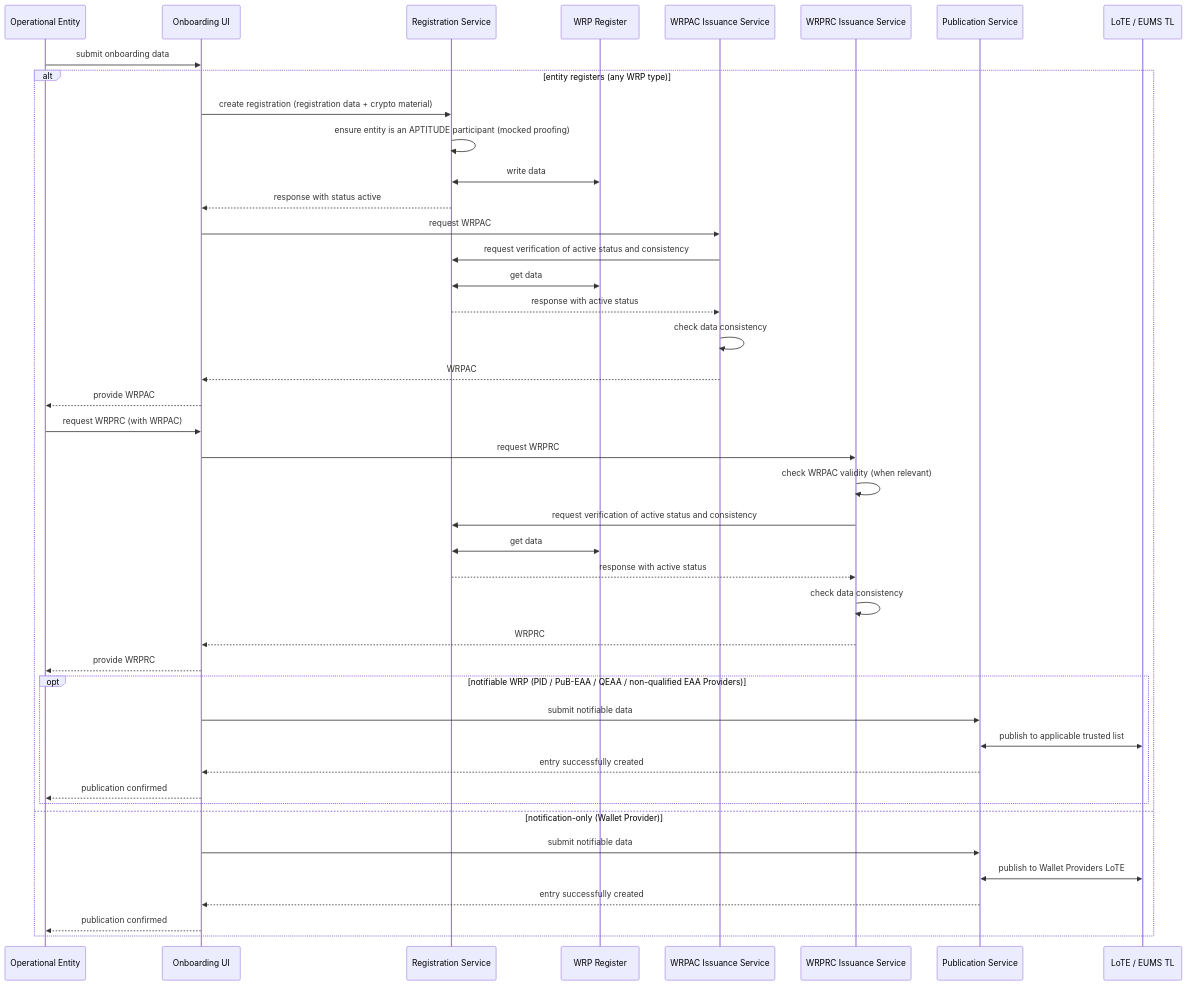
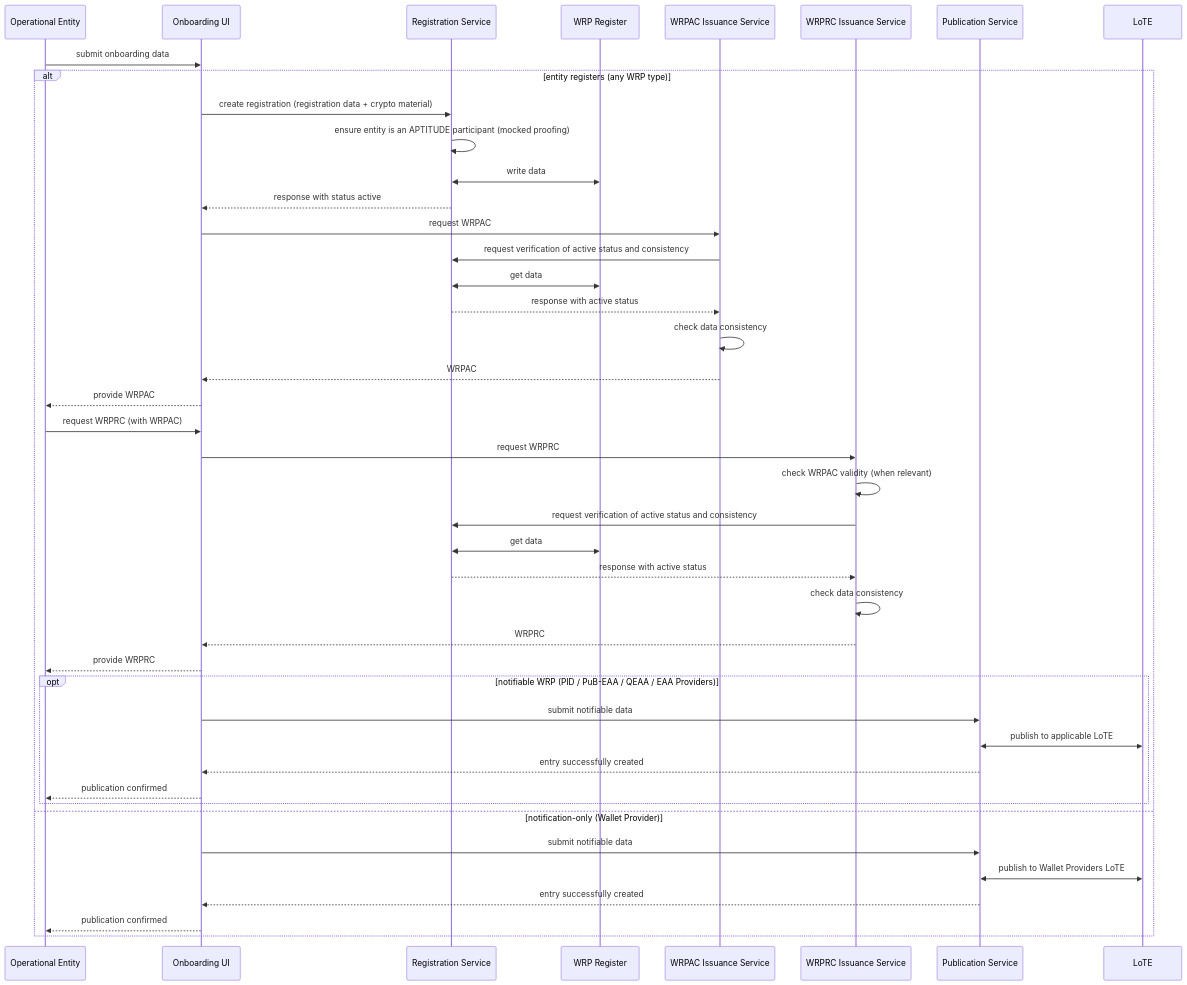
The fourth of 5 diagrams in docs/topics/onboarding-process.md (APTITUDE-Consortium/wp2-trust-specifications), drawn with Mermaid before and after one commit. The commit also changed other lines of this file and 20 other files, not shown here.

````diff
--- a/docs/topics/onboarding-process.md
+++ b/docs/topics/onboarding-process.md
@@ -265,46 +263,46 @@
 ```mermaid
 sequenceDiagram
     participant E as Operational Entity
     participant UI as Onboarding UI
     participant RegServ as Registration Service
     participant Register as WRP Register
     participant ACServ as WRPAC Issuance Service
     participant RCServ as WRPRC Issuance Service
     participant PubServ as Publication Service
-    participant TL as LoTE / EUMS TL
+    participant TL as LoTE
 
     E->>UI: submit onboarding data
     alt entity registers (any WRP type)
         UI->>RegServ: create registration (registration data + crypto material)
         RegServ->>RegServ: ensure entity is an APTITUDE participant (mocked proofing)
         RegServ<<->>Register: write data
         RegServ-->>UI: response with status active
         UI->>ACServ: request WRPAC
         ACServ->>RegServ: request verification of active status and consistency
         RegServ<<->>Register: get data
         RegServ-->>ACServ: response with active status
         ACServ->>ACServ: check data consistency
         ACServ-->>UI: WRPAC
         UI-->>E: provide WRPAC
         E->>UI: request WRPRC (with WRPAC)
         UI->>RCServ: request WRPRC
         RCServ->>RCServ: check WRPAC validity (when relevant)
         RCServ->>RegServ: request verification of active status and consistency
         RegServ<<->>Register: get data
         RegServ-->>RCServ: response with active status
         RCServ->>RCServ: check data consistency
         RCServ-->>UI: WRPRC
         UI-->>E: provide WRPRC
-        opt notifiable WRP (PID / PuB-EAA / QEAA / non-qualified EAA Providers)
+        opt notifiable WRP (PID / PuB-EAA / QEAA / EAA Providers)
             UI->>PubServ: submit notifiable data
-            PubServ<<->>TL: publish to applicable trusted list
+            PubServ<<->>TL: publish to applicable LoTE
             PubServ-->>UI: entry successfully created
             UI-->>E: publication confirmed
         end
     else notification-only (Wallet Provider)
         UI->>PubServ: submit notifiable data
         PubServ<<->>TL: publish to Wallet Providers LoTE
         PubServ-->>UI: entry successfully created
         UI-->>E: publication confirmed
     end
 ```
````
